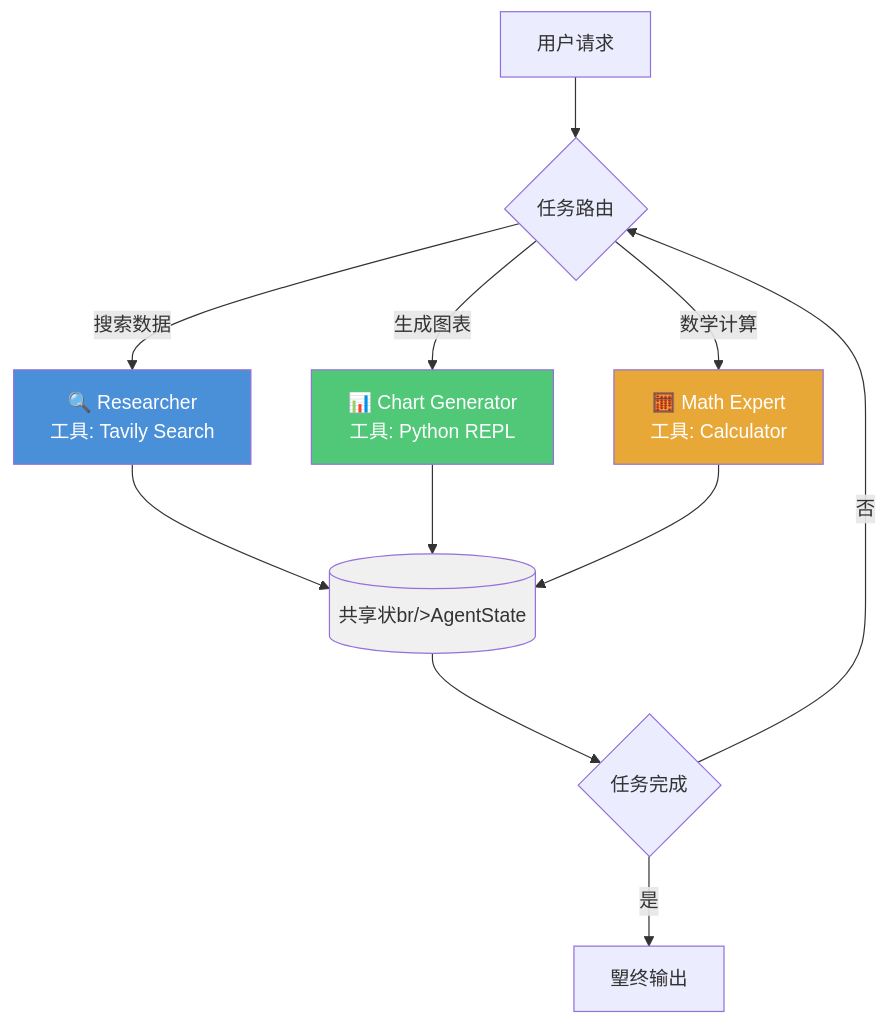
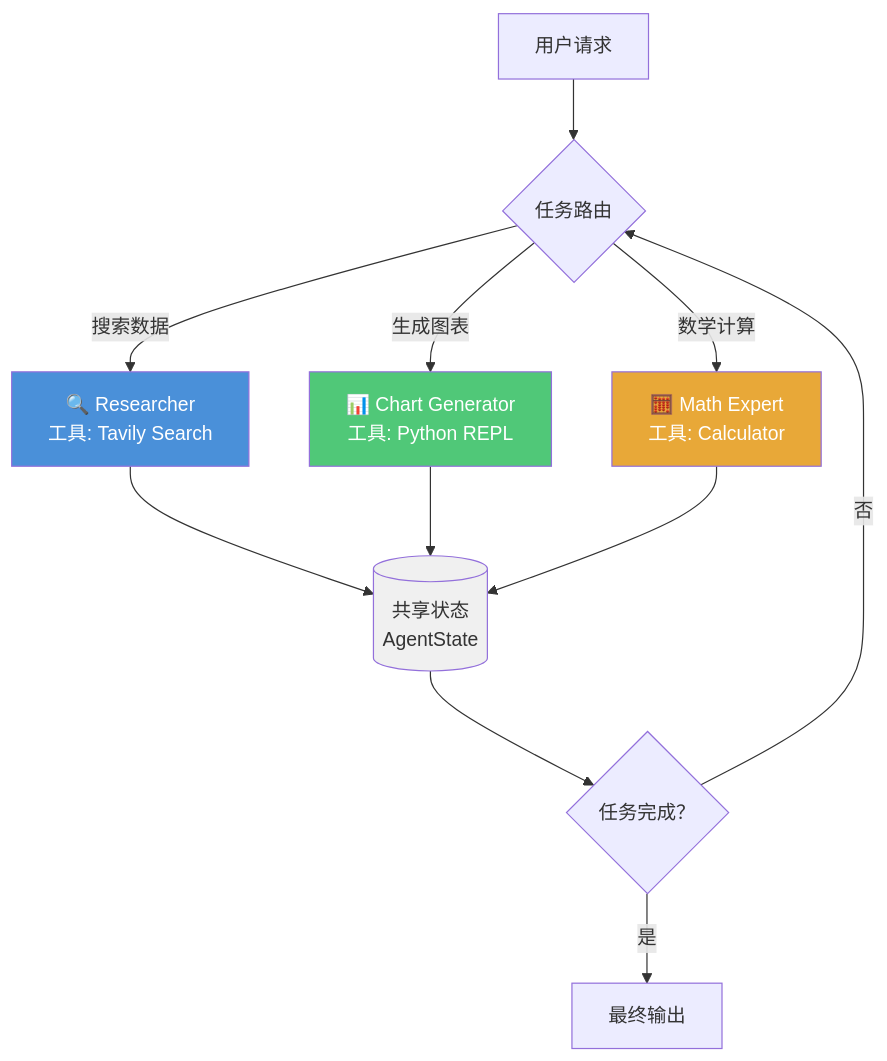
Before and after one commit to shuh-ai/agent-dev-guide: the first of 11 diagrams in 02-开发框架与平台/LangGraph/04-多Agent协作.md, drawn with Mermaid. The commit also changed other lines of this file and 9 other files, not shown here.

Commit message:
fix：细化核心图表及相关描述，提升逻辑清晰度

````diff
--- a/02-开发框架与平台/LangGraph/04-多Agent协作.md
+++ b/02-开发框架与平台/LangGraph/04-多Agent协作.md
@@ -32,21 +32,21 @@
 ```mermaid
 graph TD
     User[用户请求] --> Router{任务路由}
 
     Router -->|搜索数据| Researcher["🔍 Researcher<br/>工具: Tavily Search"]
     Router -->|生成图表| Chart["📊 Chart Generator<br/>工具: Python REPL"]
     Router -->|数学计算| Math["🧮 Math Expert<br/>工具: Calculator"]
 
-    Researcher --> State[(共享状br/>AgentState)]
+    Researcher --> State[(共享状态<br/>AgentState)]
     Chart --> State
     Math --> State
 
-    State --> Decision{任务完成}
-    Decision -->|是| Final[朢终输出]
+    State --> Decision{任务完成？}
+    Decision -->|是| Final[最终输出]
     Decision -->|否| Router
 
     style Researcher fill:#4A90D9,color:#fff
     style Chart fill:#50C878,color:#fff
     style Math fill:#E8A838,color:#fff
     style State fill:#f0f0f0,color:#333
 ```
````
